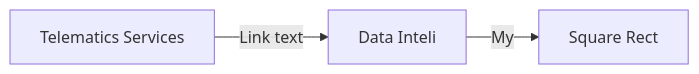
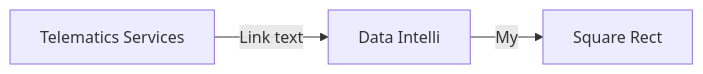
Before and after one commit to ParisaMousavi/AutomotiveFunctionalSafetyCompliance: the diagram in README.md, drawn with Mermaid. The commit also changed other lines of this file, not shown here.

````diff
--- a/README.md
+++ b/README.md
@@ -4,5 +4,5 @@
 ```mermaid
 graph LR
-A[Telematics Services] -- Link text --> B[Data Inteli]
+A[Telematics Services] -- Link text --> B[Data Intelli]
 B -- My --> C[Square Rect]
 ```
````
